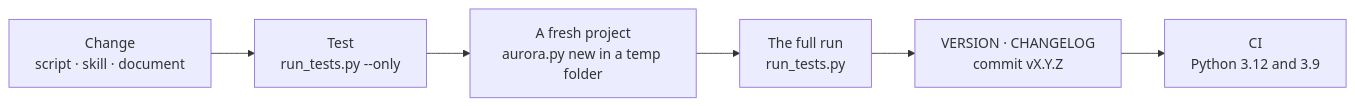
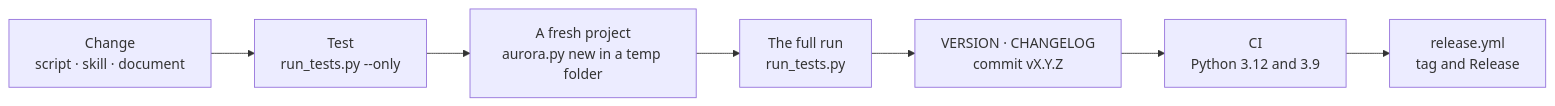
One commit to VVG-web/aurora-studio changed the diagram in docs/en/CONTRIBUTING.md. Above: the diagram before and after it, drawn with Mermaid. The commit also changed other lines of this file and 4 other files, not shown here.

````diff
--- a/docs/en/CONTRIBUTING.md
+++ b/docs/en/CONTRIBUTING.md
@@ -35,8 +35,9 @@
 ```mermaid
 flowchart LR
   A["Change<br>script · skill · document"] --> B["Test<br>run_tests.py --only"]
   B --> C["A fresh project<br>aurora.py new in a temp folder"]
   C --> D["The full run<br>run_tests.py"]
   D --> E["VERSION · CHANGELOG<br>commit vX.Y.Z"]
   E --> F["CI<br>Python 3.12 and 3.9"]
+  F --> G["release.yml<br>tag and Release"]
 ```
````
